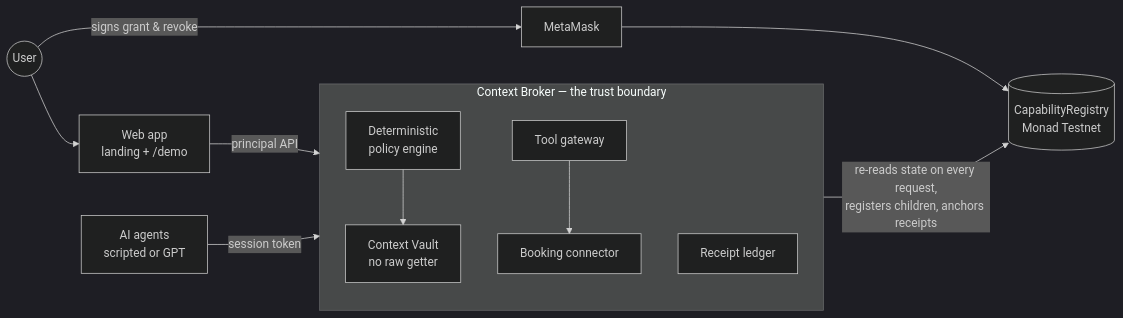
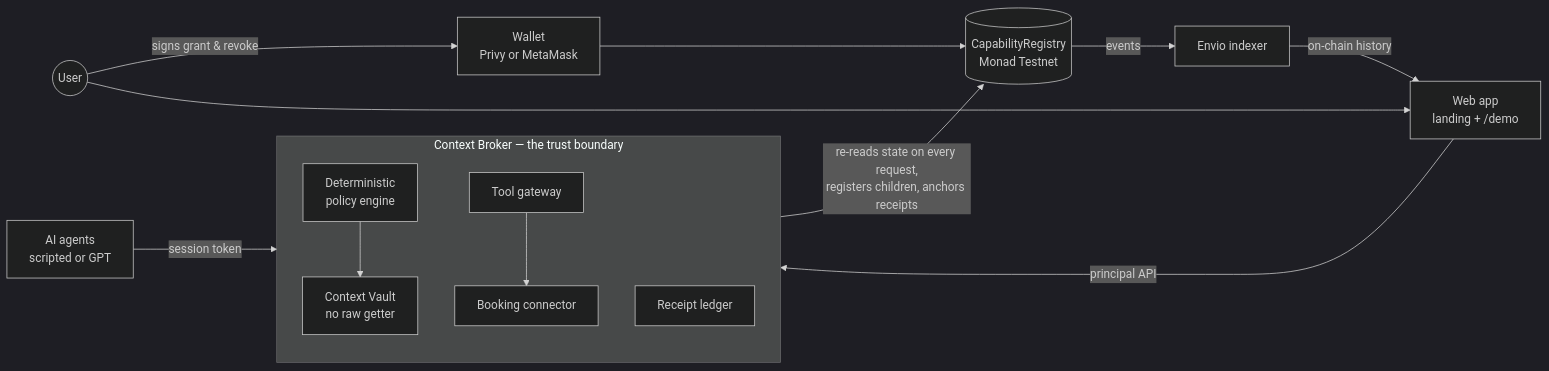
The diagram in README.md (ContextCaps/prototype), drawn with Mermaid (dark theme) before and after one commit. The commit also changed other lines of this file and 3 other files, not shown here.

First line of the commit message:
docs: cover Privy sign-in and the Envio indexer in README and tech doc

````diff
--- a/README.md
+++ b/README.md
@@ -23,14 +23,16 @@
 ```mermaid
 flowchart LR
-    User((User)) -->|signs grant & revoke| MM[MetaMask]
+    User((User)) -->|signs grant & revoke| MM[Wallet<br/>Privy or MetaMask]
     MM --> Reg[(CapabilityRegistry<br/>Monad Testnet)]
+    Reg -->|events| Envio[Envio indexer]
+    Envio -->|on-chain history| Web
     User --> Web[Web app<br/>landing + /demo]
     Web -->|principal API| Broker
     Agents[AI agents<br/>scripted or GPT] -->|session token| Broker
     subgraph Broker[Context Broker — the trust boundary]
         Policy[Deterministic<br/>policy engine] --> Vault[Context Vault<br/>no raw getter]
         Gateway[Tool gateway] --> Booking[Booking connector]
         Ledger[Receipt ledger]
     end
     Broker -->|re-reads state on every request,<br/>registers children, anchors receipts| Reg
 ```
````
